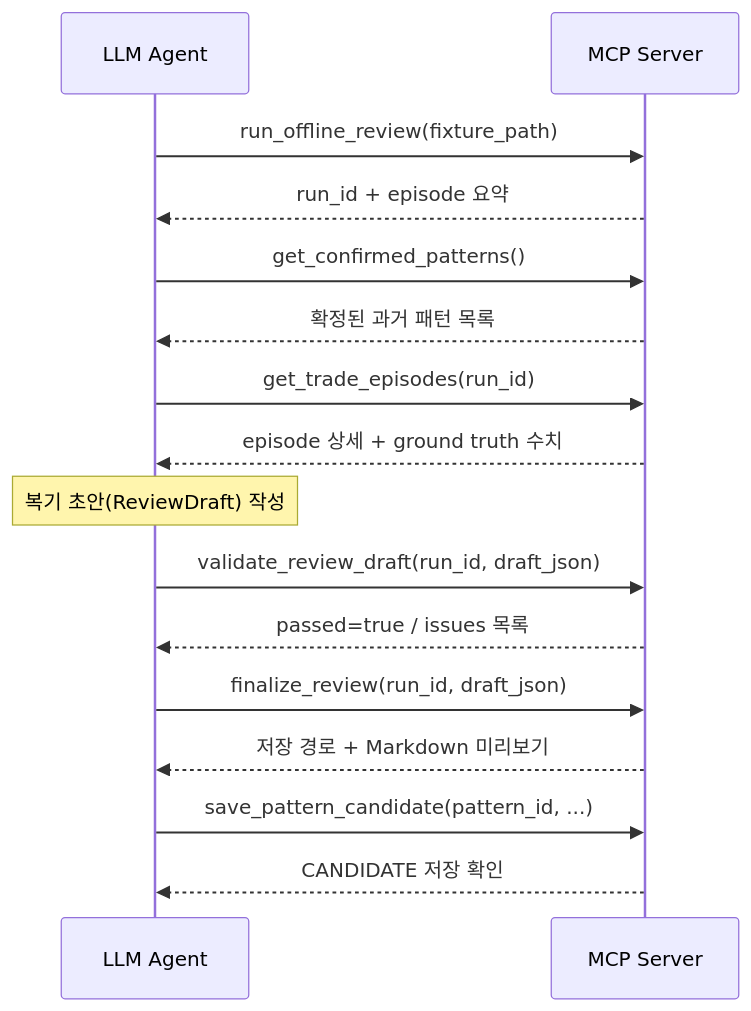
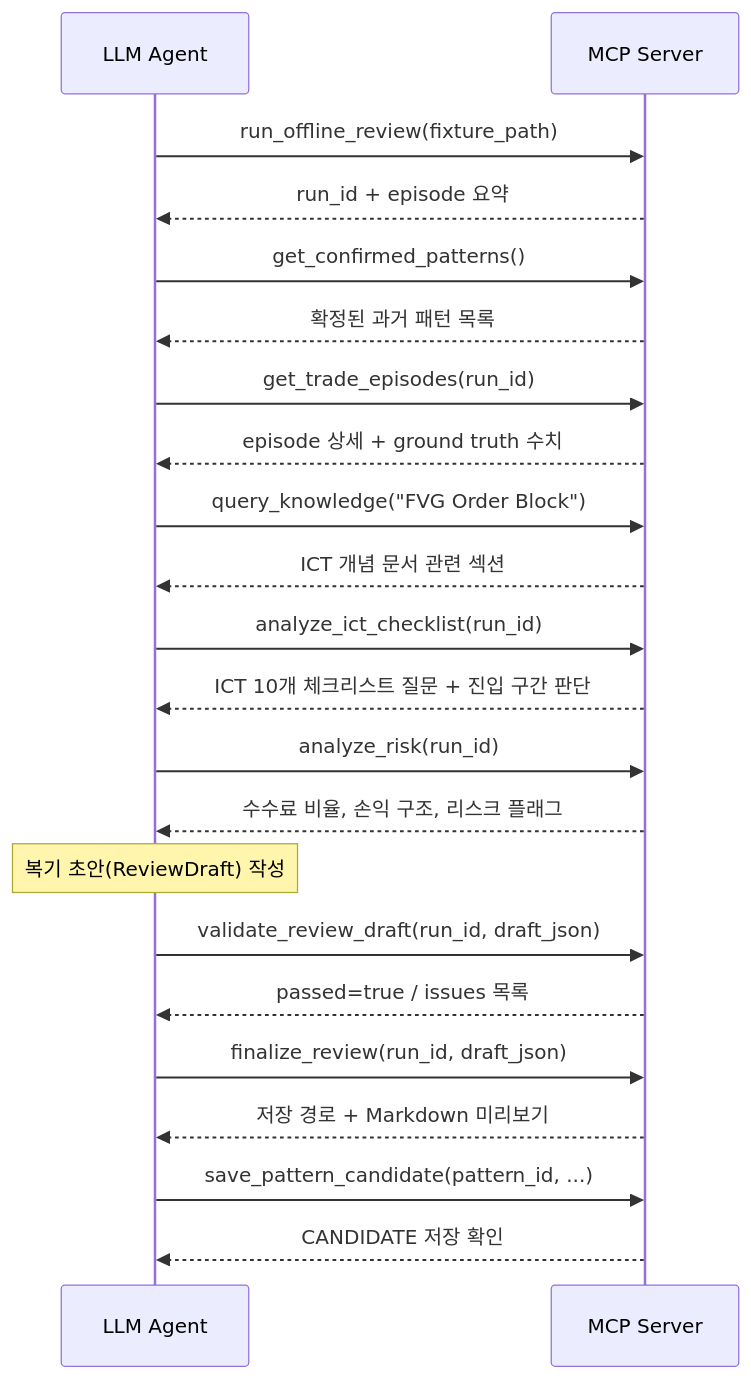
The second of 2 diagrams in README.md (Yooseunghyeok/trade-review-agent), drawn with Mermaid before and after one commit. The commit also changed other lines of this file and 2 other files, not shown here.

Commit message:
feat: 멀티 에이전트 분석 도구 3개 추가 (TradingAgents 벤치마킹)
MCP 도구 6개 → 9개로 확장:
- query_knowledge(topic): docs/knowledge/ ICT 개념 문서 검색
  (FVG, Order Block, MSS, Liquidity Sweep 등)
- analyze_ict_checklist(run_id): ICT 진입 체크리스트 10개 항목 질문 생성
  + pre-trade 캔들 기준 Premium/Discount 구간 자동 판단
- analyze_risk(run_id): 수수료 비율, 손익 구조, 리스크 플래그 계산
  (수수료>30% 경고, gross↑net↓ 감지, 방향 반전 감지)

에이전트 흐름: run_offline_review → get_episodes → query_knowledge
→ analyze_ict_checklist → analyze_risk → validate → finalize

hermes_mcp_config.example.json: Hermes MCP 클라이언트 연결 예시 추가

Claude-Session: https://claude.ai/code/session_01XNC1RYvFayztBCHzN7rHvF

````diff
--- a/README.md
+++ b/README.md
@@ -48,24 +48,33 @@
 ```mermaid
 sequenceDiagram
     participant Agent as LLM Agent
     participant MCP as MCP Server
 
     Agent->>MCP: run_offline_review(fixture_path)
     MCP-->>Agent: run_id + episode 요약
 
     Agent->>MCP: get_confirmed_patterns()
     MCP-->>Agent: 확정된 과거 패턴 목록
 
     Agent->>MCP: get_trade_episodes(run_id)
     MCP-->>Agent: episode 상세 + ground truth 수치
 
+    Agent->>MCP: query_knowledge("FVG Order Block")
+    MCP-->>Agent: ICT 개념 문서 관련 섹션
+
+    Agent->>MCP: analyze_ict_checklist(run_id)
+    MCP-->>Agent: ICT 10개 체크리스트 질문 + 진입 구간 판단
+
+    Agent->>MCP: analyze_risk(run_id)
+    MCP-->>Agent: 수수료 비율, 손익 구조, 리스크 플래그
+
     Note over Agent: 복기 초안(ReviewDraft) 작성
     Agent->>MCP: validate_review_draft(run_id, draft_json)
     MCP-->>Agent: passed=true / issues 목록
 
     Agent->>MCP: finalize_review(run_id, draft_json)
     MCP-->>Agent: 저장 경로 + Markdown 미리보기
 
     Agent->>MCP: save_pattern_candidate(pattern_id, ...)
     MCP-->>Agent: CANDIDATE 저장 확인
 ```
````
